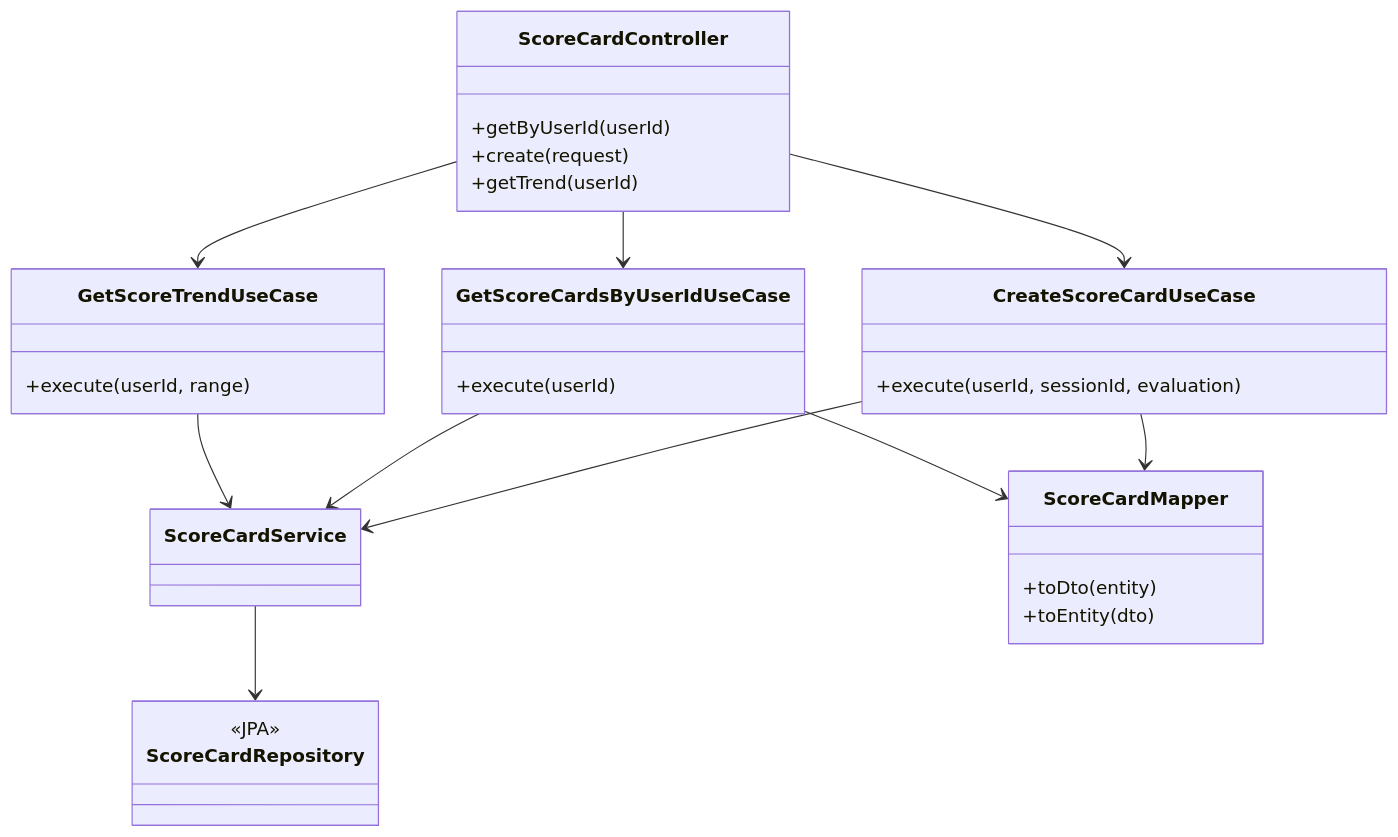
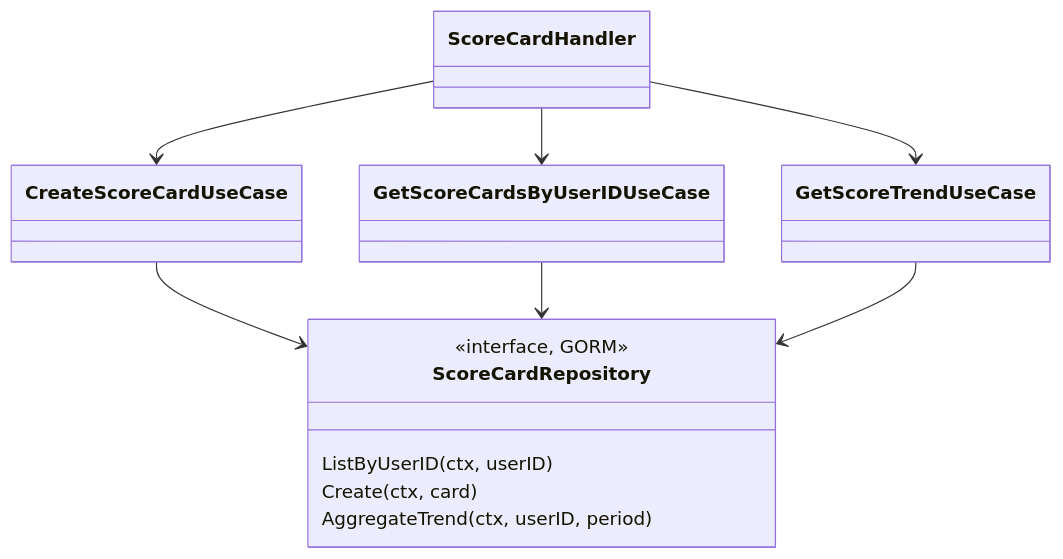
Before and after one commit to norman6464/FreStyle: the second of 5 diagrams in docs/ARCHITECTURE.md, drawn with Mermaid. The commit also changed other lines of this file, not shown here.

First line of the commit message:
docs: ARCHITECTURE.md を Go (Gin + GORM) ターゲット中心に書き換え (#1524)

````diff
--- a/docs/ARCHITECTURE.md
+++ b/docs/ARCHITECTURE.md
@@ -255,37 +185,21 @@
 ```mermaid
 classDiagram
-    class ScoreCardController {
-      +getByUserId(userId)
-      +create(request)
-      +getTrend(userId)
-    }
-    class CreateScoreCardUseCase {
-      +execute(userId, sessionId, evaluation)
-    }
-    class GetScoreCardsByUserIdUseCase {
-      +execute(userId)
-    }
-    class GetScoreTrendUseCase {
-      +execute(userId, range)
-    }
-    class ScoreCardService
-    class ScoreCardMapper {
-      +toDto(entity)
-      +toEntity(dto)
-    }
+    class ScoreCardHandler
+    class CreateScoreCardUseCase
+    class GetScoreCardsByUserIDUseCase
+    class GetScoreTrendUseCase
     class ScoreCardRepository {
-      <<JPA>>
+      <<interface, GORM>>
+      ListByUserID(ctx, userID)
+      Create(ctx, card)
+      AggregateTrend(ctx, userID, period)
     }
 
-    ScoreCardController --> CreateScoreCardUseCase
-    ScoreCardController --> GetScoreCardsByUserIdUseCase
-    ScoreCardController --> GetScoreTrendUseCase
+    ScoreCardHandler --> CreateScoreCardUseCase
+    ScoreCardHandler --> GetScoreCardsByUserIDUseCase
+    ScoreCardHandler --> GetScoreTrendUseCase
 
-    CreateScoreCardUseCase --> ScoreCardService
-    CreateScoreCardUseCase --> ScoreCardMapper
-    GetScoreCardsByUserIdUseCase --> ScoreCardService
-    GetScoreCardsByUserIdUseCase --> ScoreCardMapper
-    GetScoreTrendUseCase --> ScoreCardService
-
-    ScoreCardService --> ScoreCardRepository
+    CreateScoreCardUseCase --> ScoreCardRepository
+    GetScoreCardsByUserIDUseCase --> ScoreCardRepository
+    GetScoreTrendUseCase --> ScoreCardRepository
 ```
````
